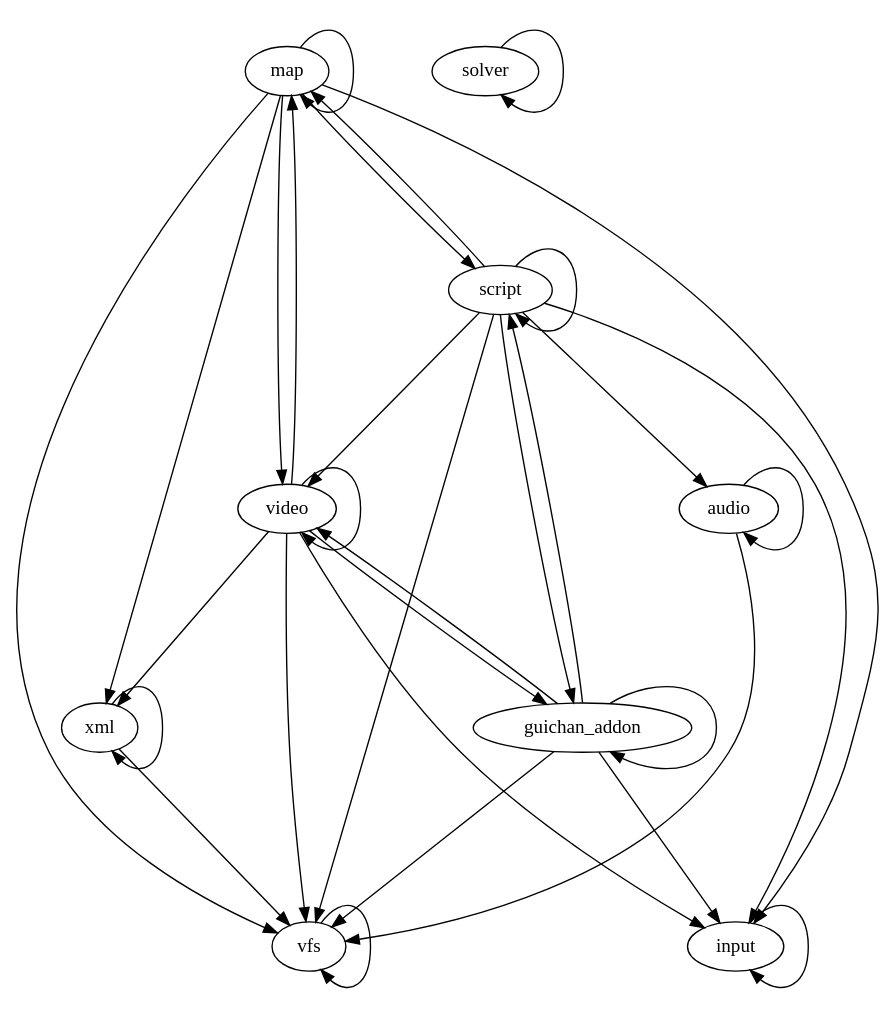
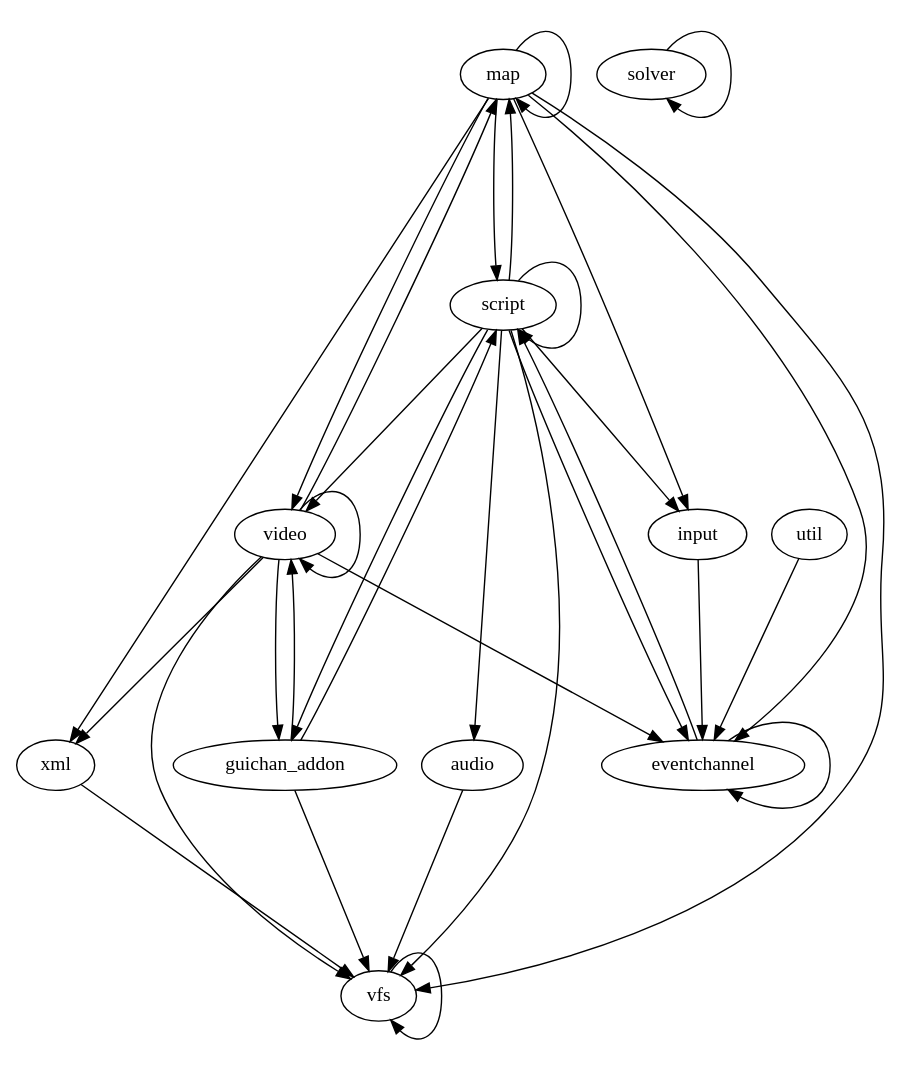
The diagram in doc/dependencies/moduledeps.dot (fifengine/fifengine), drawn with Graphviz before and after one commit. The commit also changed 5 other files, not shown here.

Commit message:
Updated dependency graphs + correction to the generation script (collapsing of '..' paths)

```diff
--- a/doc/dependencies/moduledeps.dot
+++ b/doc/dependencies/moduledeps.dot
@@ -1,39 +1,40 @@
 digraph "source tree" {
     overlap=scale;
     size="8,10";
     ratio="fill";
     fontsize="16";
     fontname="Helvetica";
     clusterrank="local";
-    "xml" -> "xml"
     "xml" -> "vfs"
     "map" -> "xml"
     "map" -> "map"
     "map" -> "script"
+    "map" -> "eventchannel"
     "map" -> "video"
     "map" -> "input"
     "map" -> "vfs"
     "script" -> "map"
     "script" -> "script"
+    "script" -> "eventchannel"
     "script" -> "guichan_addon"
     "script" -> "video"
     "script" -> "input"
     "script" -> "audio"
     "script" -> "vfs"
     "solver" -> "solver"
-    "guichan_addon" -> "input"
+    "eventchannel" -> "eventchannel"
+    "eventchannel" -> "script"
+    "guichan_addon" -> "vfs"
+    "guichan_addon" -> "video"
     "guichan_addon" -> "script"
-    "guichan_addon" -> "video"
-    "guichan_addon" -> "vfs"
-    "guichan_addon" -> "guichan_addon"
+    "util" -> "eventchannel"
     "video" -> "xml"
     "video" -> "map"
+    "video" -> "eventchannel"
     "video" -> "guichan_addon"
     "video" -> "video"
-    "video" -> "input"
     "video" -> "vfs"
-    "input" -> "input"
-    "audio" -> "audio"
+    "input" -> "eventchannel"
     "audio" -> "vfs"
     "vfs" -> "vfs"
 }
```
